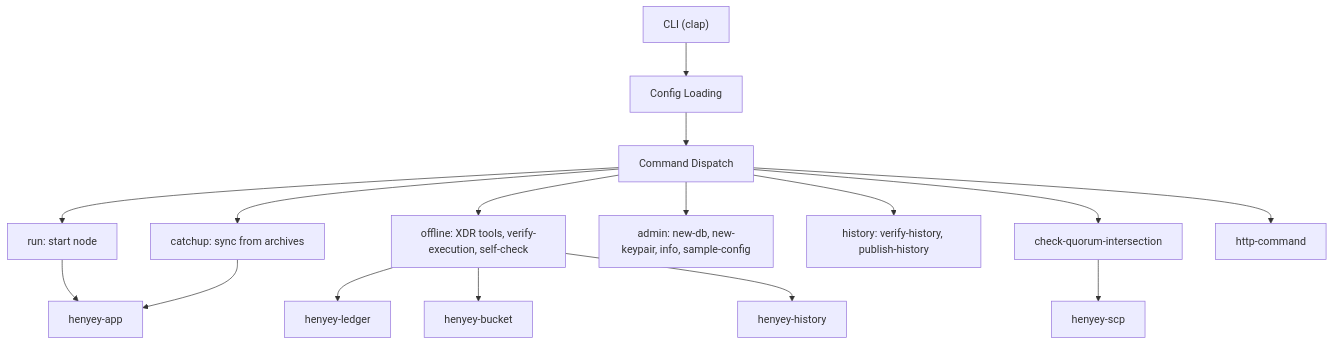
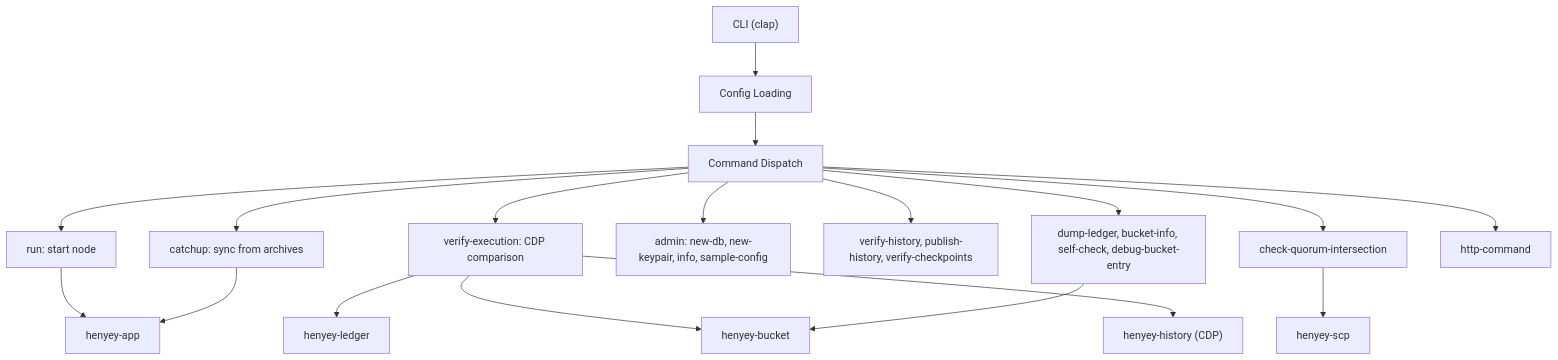
Before and after one commit to tomerweller/henyey: the diagram in crates/henyey/README.md, drawn with Mermaid. The commit also changed other lines of this file and 61 other files, not shown here.

````diff
--- a/crates/henyey/README.md
+++ b/crates/henyey/README.md
@@ -18,18 +18,20 @@
 ```mermaid
 graph TD
     CLI["CLI (clap)"] --> Config["Config Loading"]
     Config --> Dispatch["Command Dispatch"]
     Dispatch --> Run["run: start node"]
     Dispatch --> Catchup["catchup: sync from archives"]
-    Dispatch --> Offline["offline: XDR tools, verify-execution, self-check"]
+    Dispatch --> VerifyExec["verify-execution: CDP comparison"]
     Dispatch --> Admin["admin: new-db, new-keypair, info, sample-config"]
-    Dispatch --> History["history: verify-history, publish-history"]
+    Dispatch --> History["verify-history, publish-history, verify-checkpoints"]
+    Dispatch --> Tools["dump-ledger, bucket-info, self-check, debug-bucket-entry"]
     Dispatch --> Quorum["check-quorum-intersection"]
     Dispatch --> HttpCmd["http-command"]
     Run --> App["henyey-app"]
     Catchup --> App
-    Offline --> Ledger["henyey-ledger"]
-    Offline --> Bucket["henyey-bucket"]
-    Offline --> HistoryLib["henyey-history"]
+    VerifyExec --> Ledger["henyey-ledger"]
+    VerifyExec --> Bucket["henyey-bucket"]
+    VerifyExec --> HistoryLib["henyey-history (CDP)"]
+    Tools --> Bucket
     Quorum --> SCP["henyey-scp"]
 ```
````
